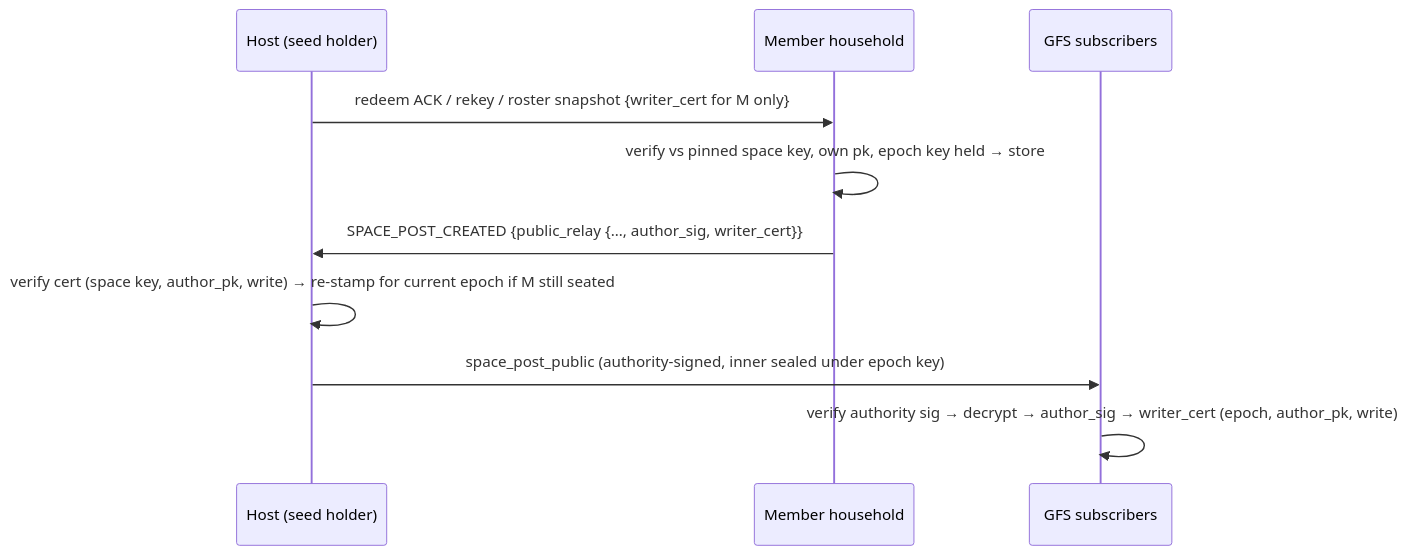
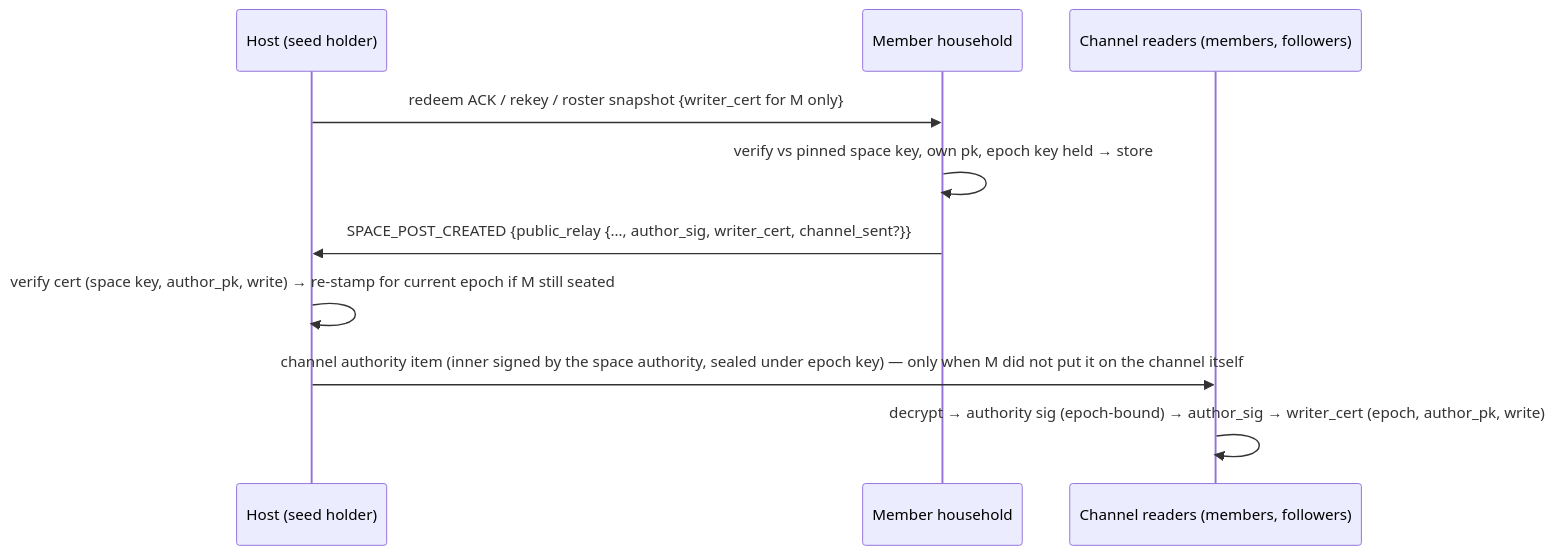
Before and after one commit to social-home-io/socialhome: the sixth of 23 diagrams in docs/protocol/spaces.md, drawn with Mermaid. The commit also changed other lines of this file and 447 other files, not shown here.

First line of the commit message:
Follow any public or global space with one read-only seat, on every path — and step up to member when you want (#1434)

````diff
--- a/docs/protocol/spaces.md
+++ b/docs/protocol/spaces.md
@@ -1611,12 +2165,12 @@
 ```mermaid
 sequenceDiagram
     participant H as Host (seed holder)
     participant M as Member household
-    participant G as GFS subscribers
+    participant G as Channel readers (members, followers)
     H->>M: redeem ACK / rekey / roster snapshot {writer_cert for M only}
     M->>M: verify vs pinned space key, own pk, epoch key held → store
-    M->>H: SPACE_POST_CREATED {public_relay {…, author_sig, writer_cert}}
+    M->>H: SPACE_POST_CREATED {public_relay {…, author_sig, writer_cert, channel_sent?}}
     H->>H: verify cert (space key, author_pk, write) → re-stamp for current epoch if M still seated
-    H->>G: space_post_public (authority-signed, inner sealed under epoch key)
-    G->>G: verify authority sig → decrypt → author_sig → writer_cert (epoch, author_pk, write)
+    H->>G: channel authority item (inner signed by the space authority, sealed under epoch key) — only when M did not put it on the channel itself
+    G->>G: decrypt → authority sig (epoch-bound) → author_sig → writer_cert (epoch, author_pk, write)
 ```
````
